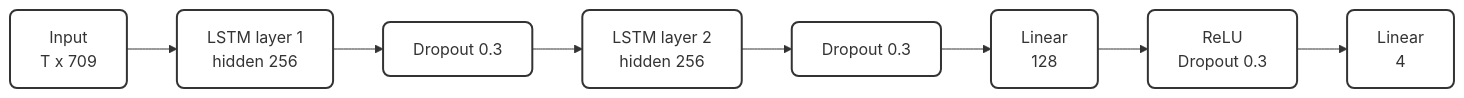
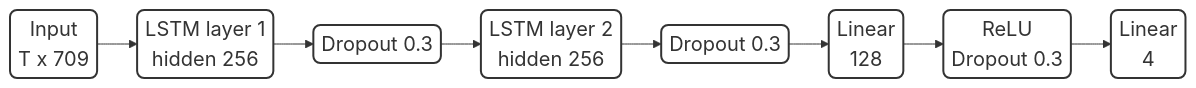
The fourth of 12 diagrams in documents/thesis/diagrams_mermaid.md (hoa2004st/CNN-in-CMOSE), drawn with Mermaid before and after one commit. The commit also changed other lines of this file and 29 other files, not shown here.

Commit message:
re-draw diagram, remove line wrap

````diff
--- a/documents/thesis/diagrams_mermaid.md
+++ b/documents/thesis/diagrams_mermaid.md
@@ -67,11 +108,15 @@
 ```mermaid
+---
+config:
+  themeVariables:
+    fontSize: 20px
+  flowchart:
+    padding: 4
+    nodeSpacing: 30
+    rankSpacing: 40
+---
 flowchart LR
-    A["Input\nT x 709"] --> L1["LSTM layer 1\nhidden 256"]
-    L1 --> LD["Dropout 0.3"]
-    LD --> L2["LSTM layer 2\nhidden 256"]
-    L2 --> D["Dropout 0.3"]
-    D --> E["Linear\n 128"]
-    E --> F["ReLU\nDropout 0.3"]
-    F --> G["Linear\n 4"]
+    A["Input\nT x 709"] --> L1["LSTM layer 1\nhidden 256"] --> LD["Dropout 0.3"] --> L2["LSTM layer 2\nhidden 256"]
+    L2 --> D["Dropout 0.3"] --> E["Linear\n 128"] --> F["ReLU\nDropout 0.3"] --> G["Linear\n 4"]
     classDef default fill:#ffffff,stroke:#333,stroke-width:2px,rx:7px,ry:7px
 ```
````
